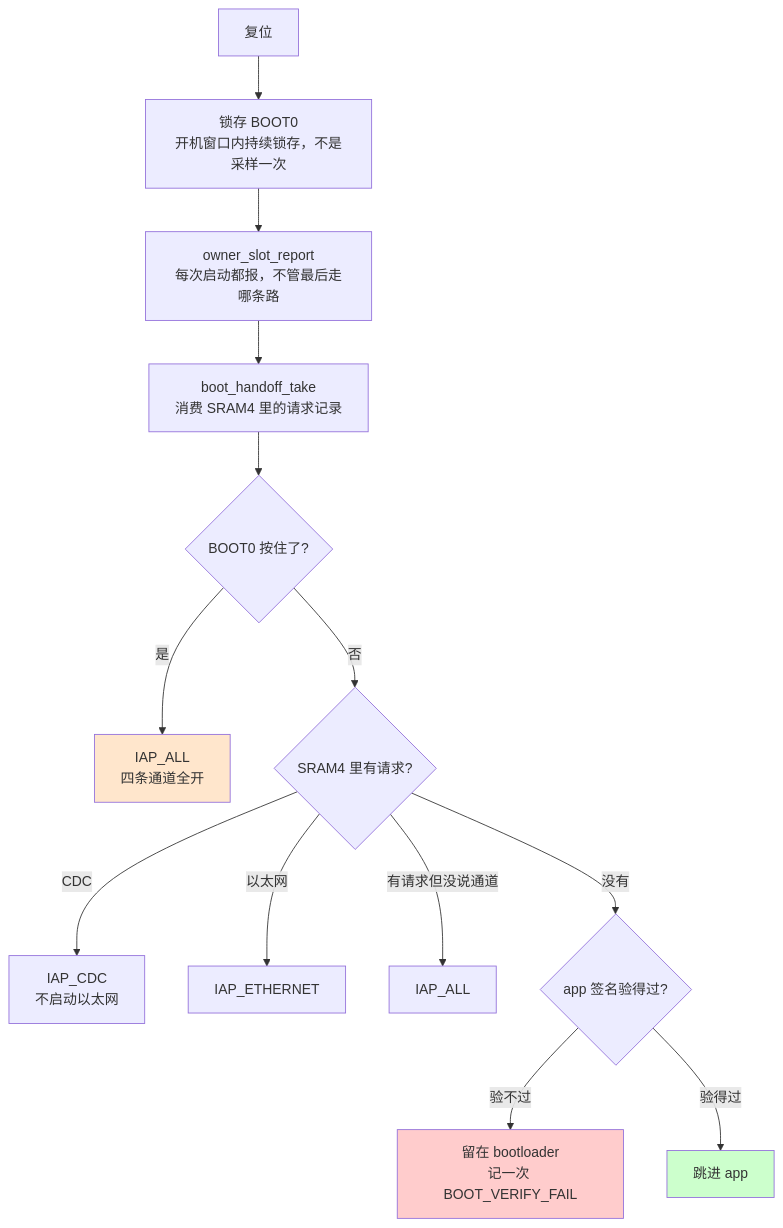
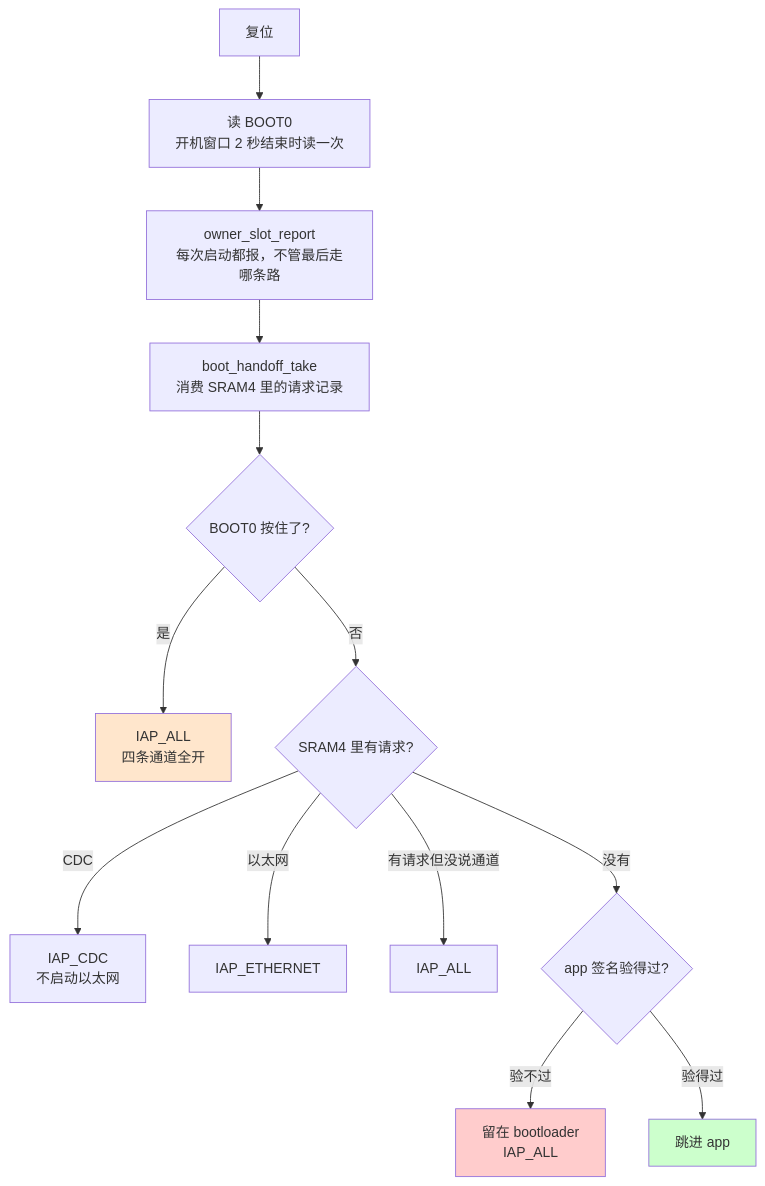
The second of 2 diagrams in docs/modules/M1-firmware-upgrade.md (haliboteda/OpenPLC_Docs), drawn with Mermaid before and after one commit. The commit also changed other lines of this file and 84 other files, not shown here.

First line of the commit message:
Decisions 143-148: USB carries debug and upgrade, RS232 belongs to the user; IAP identical in bootloader and app

````diff
--- a/docs/modules/M1-firmware-upgrade.md
+++ b/docs/modules/M1-firmware-upgrade.md
@@ -125,22 +129,22 @@
 ```mermaid
 flowchart TD
-    A[复位] --> B[锁存 BOOT0<br/>开机窗口内持续锁存，不是采样一次]
+    A[复位] --> B[读 BOOT0<br/>开机窗口 2 秒结束时读一次]
     B --> C[owner_slot_report<br/>每次启动都报，不管最后走哪条路]
     C --> D[boot_handoff_take<br/>消费 SRAM4 里的请求记录]
     D --> E{BOOT0 按住了?}
 
     E -->|是| F[IAP_ALL<br/>四条通道全开]
     E -->|否| G{SRAM4 里有请求?}
 
     G -->|CDC| H[IAP_CDC<br/>不启动以太网]
     G -->|以太网| I[IAP_ETHERNET]
     G -->|有请求但没说通道| J[IAP_ALL]
     G -->|没有| K{app 签名验得过?}
 
-    K -->|验不过| L[留在 bootloader<br/>记一次 BOOT_VERIFY_FAIL]
+    K -->|验不过| L[留在 bootloader<br/>IAP_ALL]
     K -->|验得过| M[跳进 app]
 
     style F fill:#ffe6cc
     style L fill:#ffcccc
     style M fill:#ccffcc
 ```
````
